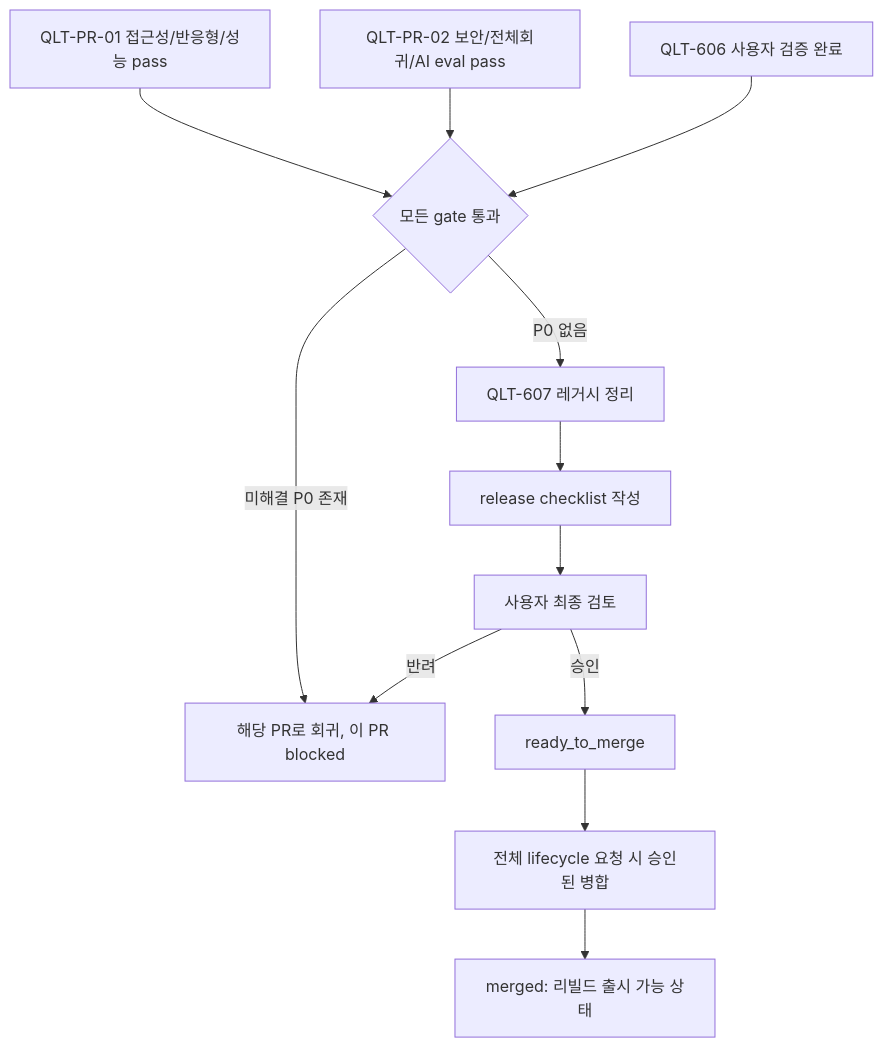
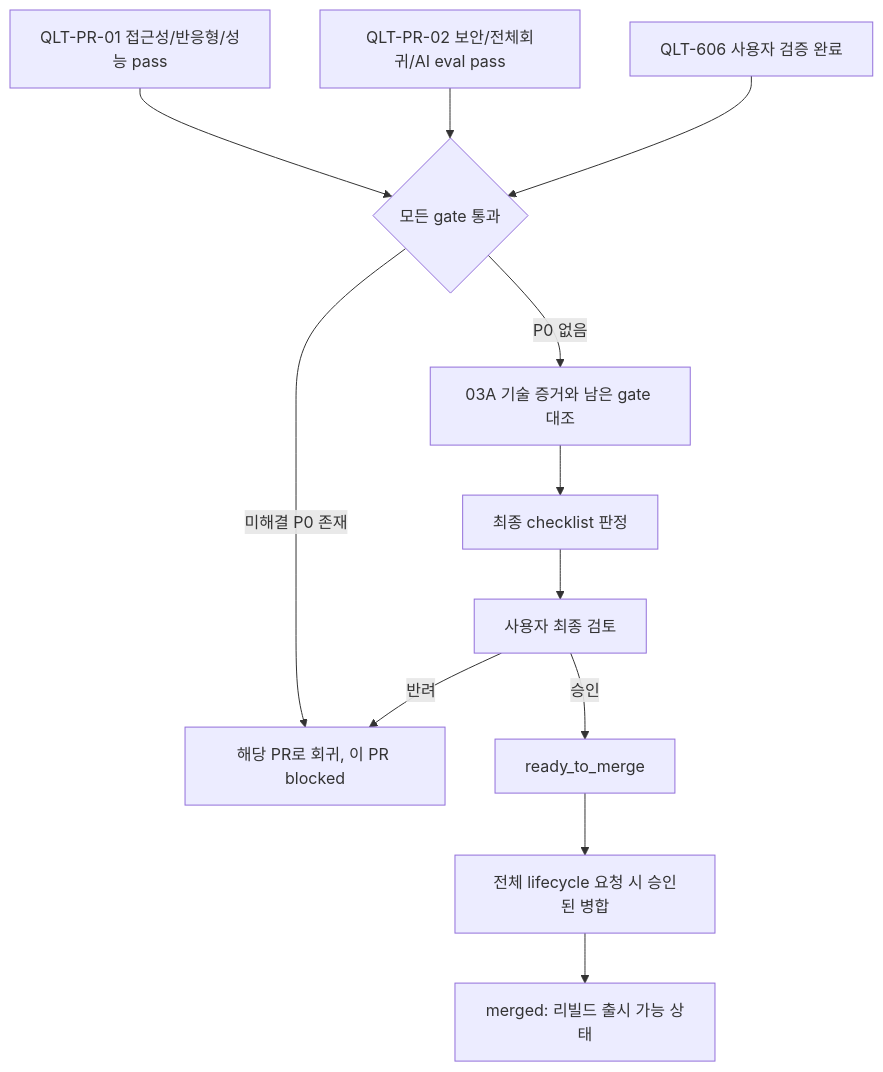
One commit to donghyunlee-dev/ai-agent-blueprint changed the diagram in docs/tasks/QLT-PR-03/plan.md. Above: the diagram before and after it, drawn with Mermaid. The commit also changed other lines of this file and 38 other files, not shown here.

````diff
--- a/docs/tasks/QLT-PR-03/plan.md
+++ b/docs/tasks/QLT-PR-03/plan.md
@@ -48,14 +49,14 @@
 ```mermaid
 flowchart TD
     A[QLT-PR-01 접근성/반응형/성능 pass] --> D{모든 gate 통과}
     B[QLT-PR-02 보안/전체회귀/AI eval pass] --> D
     C[QLT-606 사용자 검증 완료] --> D
     D -- 미해결 P0 존재 --> E[해당 PR로 회귀, 이 PR blocked]
-    D -- P0 없음 --> F[QLT-607 레거시 정리]
-    F --> G[release checklist 작성]
+    D -- P0 없음 --> F[03A 기술 증거와 남은 gate 대조]
+    F --> G[최종 checklist 판정]
     G --> H[사용자 최종 검토]
     H -- 반려 --> E
     H -- 승인 --> I[ready_to_merge]
     I --> J[전체 lifecycle 요청 시 승인된 병합]
     J --> K[merged: 리빌드 출시 가능 상태]
 ```
````
